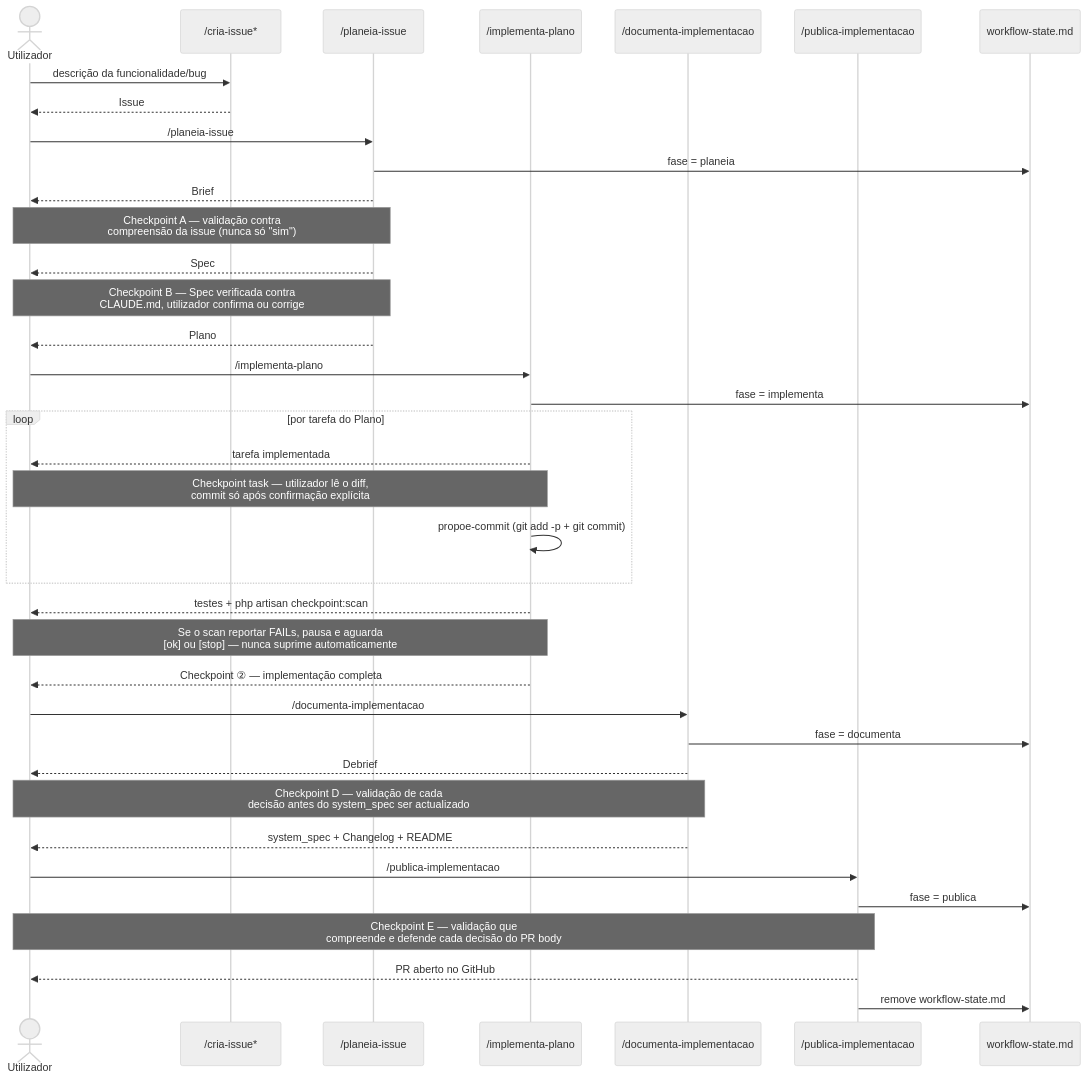
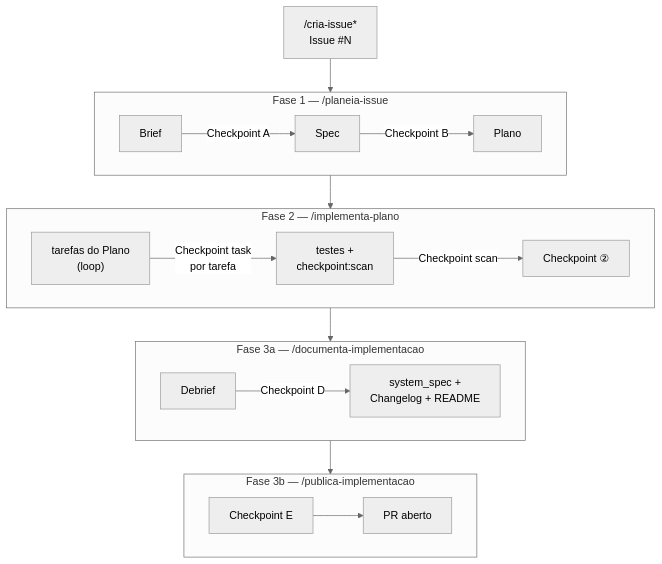
The diagram in docs/WORKFLOW.md (paulocmguerreiro/findocprocessor-backend-laravel), drawn with Mermaid (neutral theme) before and after one commit. The commit also changed other lines of this file, not shown here.

Commit message:
docs(workflow): simplifica diagrama de sequência para flowchart vertical
O sequenceDiagram (5 actors numa lane, notes inline por checkpoint)
ficava cada vez mais difícil de ler entre fases. Substituído por um
flowchart TB com um subgraph por fase (direction LR interna) e os
checkpoints como etiquetas curtas nas setas — detalhe completo
continua só na tabela "Checkpoints humanos".

````diff
--- a/docs/WORKFLOW.md
+++ b/docs/WORKFLOW.md
@@ -71,44 +71,30 @@
 ```mermaid
-sequenceDiagram
-    actor U as Utilizador
-    participant CI as /cria-issue*
-    participant PL as /planeia-issue
-    participant IM as /implementa-plano
-    participant DOC as /documenta-implementacao
-    participant PUB as /publica-implementacao
-    participant WS as workflow-state.md
+flowchart TB
+    CI["/cria-issue*<br/>Issue #N"] --> PL
 
-    U->>CI: descrição da funcionalidade/bug
-    CI-->>U: Issue #N criada no GitHub
+    subgraph PL["Fase 1 — /planeia-issue"]
+        direction LR
+        PLa[Brief] -->|Checkpoint A| PLb[Spec] -->|Checkpoint B| PLc[Plano]
+    end
 
-    U->>PL: /planeia-issue #N
-    PL->>WS: fase = planeia
-    PL-->>U: Brief
-    Note over U,PL: Checkpoint A — validação contra<br/>compreensão da issue (nunca só "sim")
-    PL-->>U: Spec
-    Note over U,PL: Checkpoint B — Spec verificada contra<br/>CLAUDE.md, utilizador confirma ou corrige
-    PL-->>U: Plano
+    PL --> IM
 
-    U->>IM: /implementa-plano #N
-    IM->>WS: fase = implementa
-    loop por tarefa do Plano
-        IM-->>U: tarefa implementada
-        Note over U,IM: Checkpoint task — utilizador lê o diff,<br/>commit só após confirmação explícita
-        IM->>IM: propoe-commit (git add -p + git commit)
+    subgraph IM["Fase 2 — /implementa-plano"]
+        direction LR
+        IMa["tarefas do Plano<br/>(loop)"] -->|Checkpoint task<br/>por tarefa| IMb["testes +<br/>checkpoint:scan"] -->|Checkpoint scan| IMc["Checkpoint ②"]
     end
-    IM-->>U: testes + php artisan checkpoint:scan
-    Note over U,IM: Se o scan reportar FAILs, pausa e aguarda<br/>[ok] ou [stop] — nunca suprime automaticamente
-    IM-->>U: Checkpoint ② — implementação completa
 
-    U->>DOC: /documenta-implementacao #N
-    DOC->>WS: fase = documenta
-    DOC-->>U: Debrief
-    Note over U,DOC: Checkpoint D — validação de cada<br/>decisão antes do system_spec ser actualizado
-    DOC-->>U: system_spec + Changelog + README
+    IM --> DOC
 
-    U->>PUB: /publica-implementacao #N
-    PUB->>WS: fase = publica
-    Note over U,PUB: Checkpoint E — validação que<br/>compreende e defende cada decisão do PR body
-    PUB-->>U: PR aberto no GitHub
-    PUB->>WS: remove workflow-state.md
+    subgraph DOC["Fase 3a — /documenta-implementacao"]
+        direction LR
+        DOCa[Debrief] -->|Checkpoint D| DOCb["system_spec +<br/>Changelog + README"]
+    end
+
+    DOC --> PUB
+
+    subgraph PUB["Fase 3b — /publica-implementacao"]
+        direction LR
+        PUBa["Checkpoint E"] --> PUBb["PR aberto"]
+    end
 ```
````
